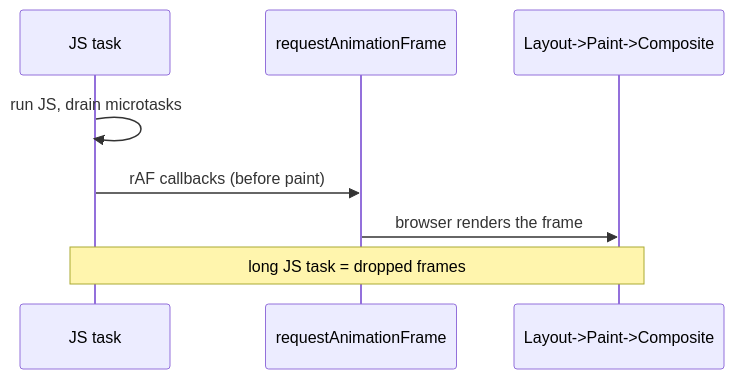
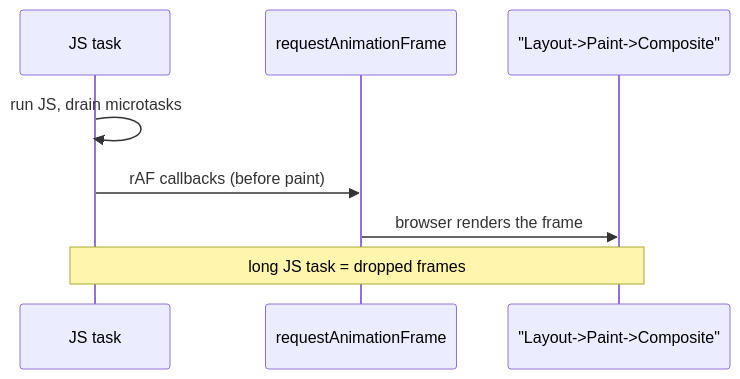
One commit to ashishxcode/frontend-internals changed the second of 2 diagrams in packages/content/content/07-browser-rendering.mdx. Above: the diagram before and after it, drawn with Mermaid. The commit also changed 8 other files, not shown here.

First line of the commit message:
content: expand 5 thin chapters + fix mermaid syntax for v11

````diff
--- a/packages/content/content/07-browser-rendering.mdx
+++ b/packages/content/content/07-browser-rendering.mdx
@@ -74,10 +74,10 @@
 ```mermaid
 sequenceDiagram
   participant Task as JS task
   participant RAF as requestAnimationFrame
-  participant Pipe as Layout->Paint->Composite
+  participant Pipe as "Layout->Paint->Composite"
   Task->>Task: run JS, drain microtasks
   Task->>RAF: rAF callbacks (before paint)
   RAF->>Pipe: browser renders the frame
   Note over Task,Pipe: long JS task = dropped frames
 ```
````
